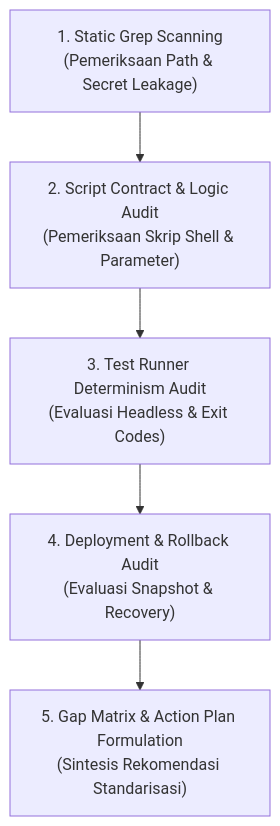
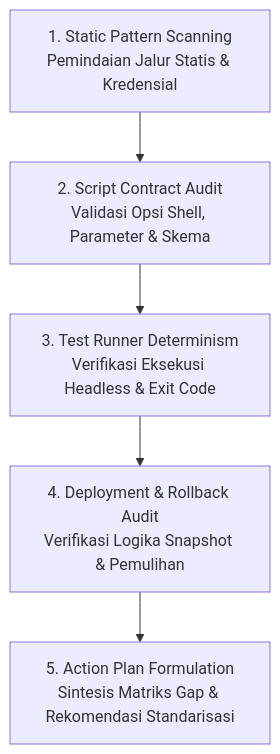
Before and after one commit to edkas07-oss/devops-handbook: the first of 3 diagrams in docs/projects/tomcat-monitoring/engineering-journal/continuous-integration-and-deployment/TN-002-audit-and-standardize-repositories-for-production-plug-and-play-readiness.md, drawn with Mermaid. The commit also changed other lines of this file, not shown here.

Commit message:
docs(tm): polish diagram box labels in method and next steps for TN-002

````diff
--- a/docs/projects/tomcat-monitoring/engineering-journal/continuous-integration-and-deployment/TN-002-audit-and-standardize-repositories-for-production-plug-and-play-readiness.md
+++ b/docs/projects/tomcat-monitoring/engineering-journal/continuous-integration-and-deployment/TN-002-audit-and-standardize-repositories-for-production-plug-and-play-readiness.md
@@ -92,7 +92,7 @@
 ```mermaid
 flowchart TD
-    M1["1. Static Grep Scanning<br/>(Pemeriksaan Path & Secret Leakage)"] --> M2["2. Script Contract & Logic Audit<br/>(Pemeriksaan Skrip Shell & Parameter)"]
-    M2 --> M3["3. Test Runner Determinism Audit<br/>(Evaluasi Headless & Exit Codes)"]
-    M3 --> M4["4. Deployment & Rollback Audit<br/>(Evaluasi Snapshot & Recovery)"]
-    M4 --> M5["5. Gap Matrix & Action Plan Formulation<br/>(Sintesis Rekomendasi Standarisasi)"]
+    M1["1. Static Pattern Scanning<br/>Pemindaian Jalur Statis & Kredensial"] --> M2["2. Script Contract Audit<br/>Validasi Opsi Shell, Parameter & Skema"]
+    M2 --> M3["3. Test Runner Determinism<br/>Verifikasi Eksekusi Headless & Exit Code"]
+    M3 --> M4["4. Deployment & Rollback Audit<br/>Verifikasi Logika Snapshot & Pemulihan"]
+    M4 --> M5["5. Action Plan Formulation<br/>Sintesis Matriks Gap & Rekomendasi Standarisasi"]
 ```
````
